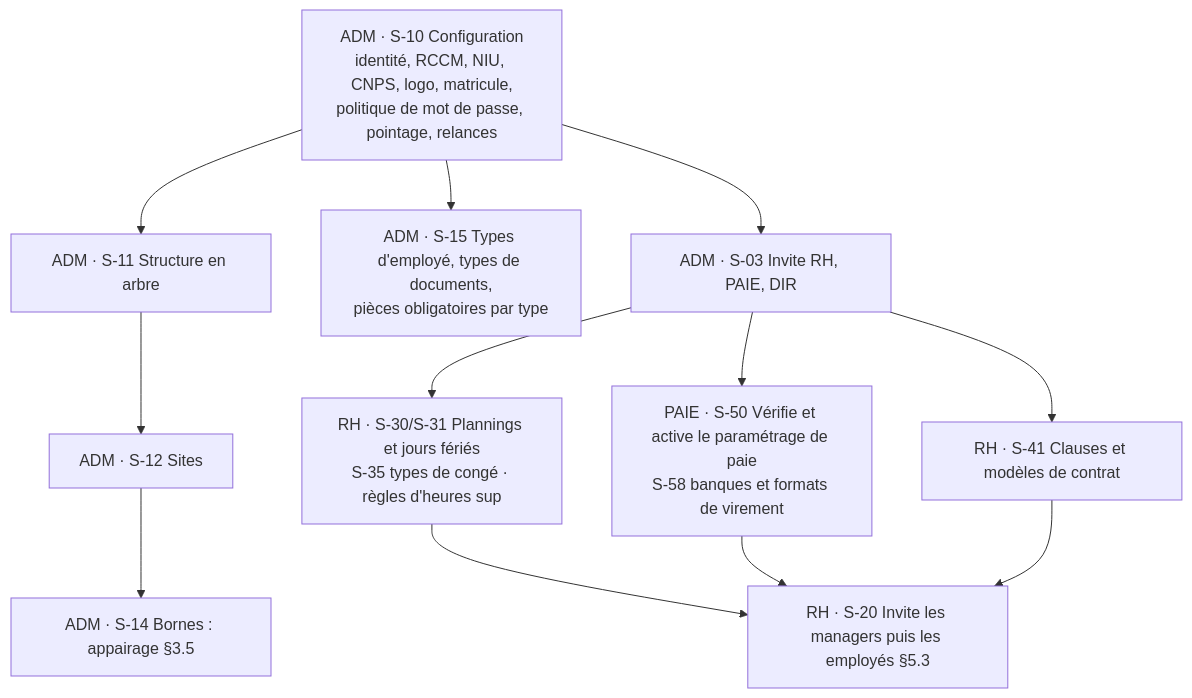
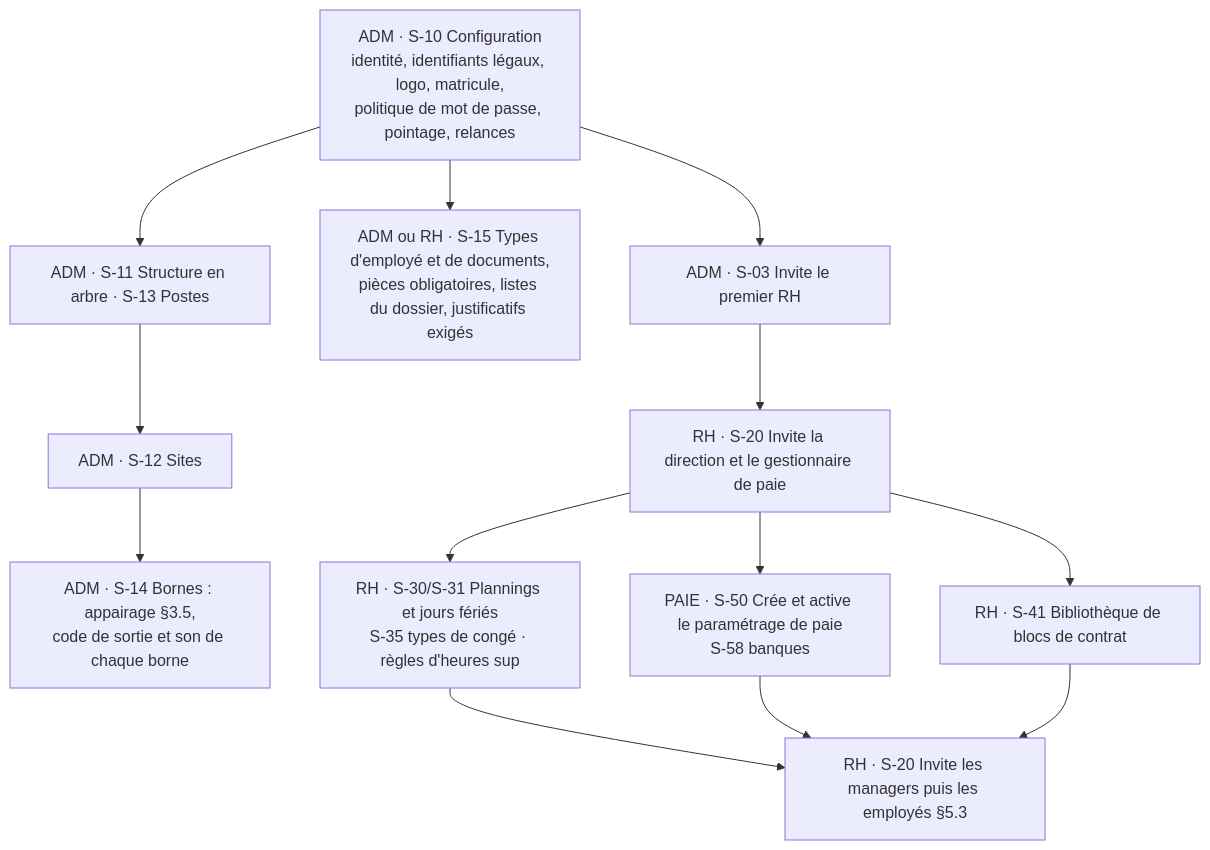
Before and after one commit to riyadaOne/fluxyrh-docs: the seventh of 21 diagrams in 01-specifications/APPFLOW.md, drawn with Mermaid. The commit also changed other lines of this file and 21 other files, not shown here.

````diff
--- a/01-specifications/APPFLOW.md
+++ b/01-specifications/APPFLOW.md
@@ -281,14 +284,15 @@
 ```mermaid
 flowchart TD
-    A[ADM · S-10 Configuration<br/>identité, RCCM, NIU, CNPS, logo, matricule,<br/>politique de mot de passe, pointage, relances] --> B[ADM · S-11 Structure en arbre]
+    A[ADM · S-10 Configuration<br/>identité, identifiants légaux, logo, matricule,<br/>politique de mot de passe, pointage, relances] --> B[ADM · S-11 Structure en arbre · S-13 Postes]
     B --> C[ADM · S-12 Sites]
-    C --> D[ADM · S-14 Bornes : appairage §3.5]
-    A --> E[ADM · S-15 Types d'employé, types de documents,<br/>pièces obligatoires par type]
-    A --> F[ADM · S-03 Invite RH, PAIE, DIR]
-    F --> G[RH · S-30/S-31 Plannings et jours fériés<br/>S-35 types de congé · règles d'heures sup]
-    F --> H[PAIE · S-50 Vérifie et active le paramétrage de paie<br/>S-58 banques et formats de virement]
-    F --> I[RH · S-41 Clauses et modèles de contrat]
+    C --> D[ADM · S-14 Bornes : appairage §3.5,<br/>code de sortie et son de chaque borne]
+    A --> E[ADM ou RH · S-15 Types d'employé et de documents,<br/>pièces obligatoires, listes du dossier, justificatifs exigés]
+    A --> F[ADM · S-03 Invite le premier RH]
+    F --> RH[RH · S-20 Invite la direction et le gestionnaire de paie]
+    RH --> G[RH · S-30/S-31 Plannings et jours fériés<br/>S-35 types de congé · règles d'heures sup]
+    RH --> H[PAIE · S-50 Crée et active le paramétrage de paie<br/>S-58 banques]
+    RH --> I[RH · S-41 Bibliothèque de blocs de contrat]
     G --> J[RH · S-20 Invite les managers puis les employés §5.3]
     H --> J
     I --> J
 ```
````
